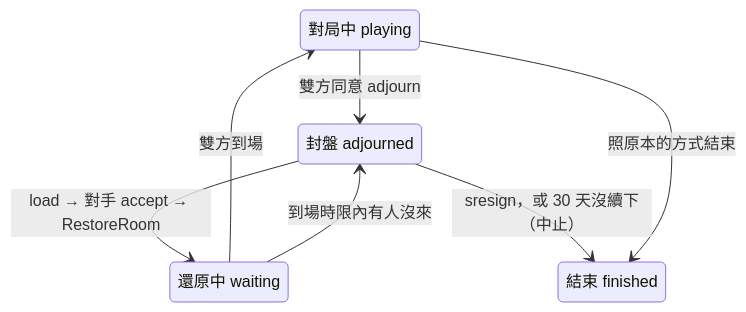
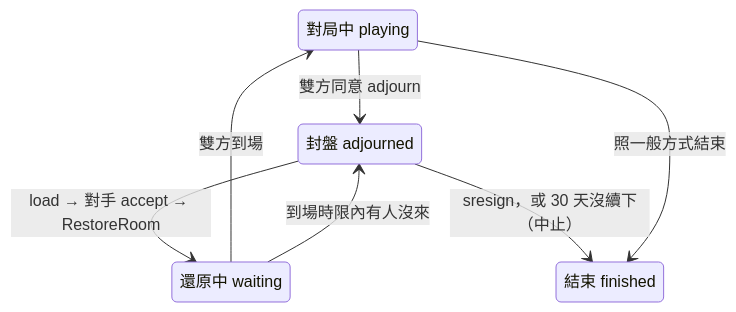
The tenth of 10 diagrams in docs/spec_v2.md (yshsu0918/yi-arena), drawn with Mermaid before and after one commit. The commit also changed other lines of this file and 1 other file, not shown here.

````diff
--- a/docs/spec_v2.md
+++ b/docs/spec_v2.md
@@ -1150,14 +1207,14 @@
 ```mermaid
 stateDiagram-v2
   state "對局中 playing" as playing
   state "封盤 adjourned" as adjourned
   state "還原中 waiting" as restoring
   state "結束 finished" as finished
 
   playing --> adjourned: 雙方同意 adjourn
   adjourned --> restoring: load → 對手 accept → RestoreRoom
   restoring --> playing: 雙方到場
   restoring --> adjourned: 到場時限內有人沒來
   adjourned --> finished: sresign，或 30 天沒續下（中止）
-  playing --> finished: 照原本的方式結束
+  playing --> finished: 照一般方式結束
 ```
````
